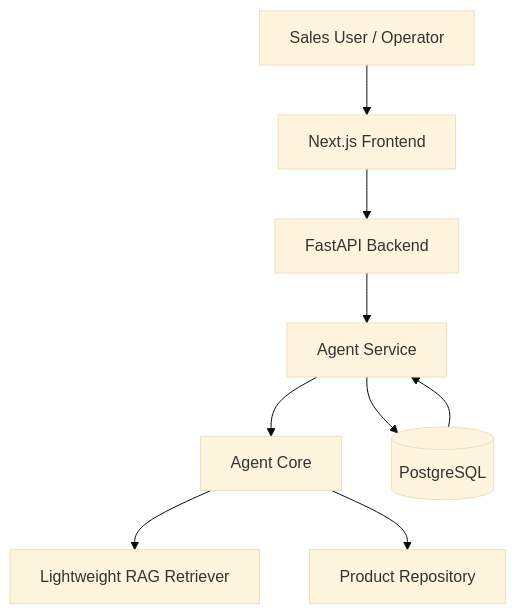
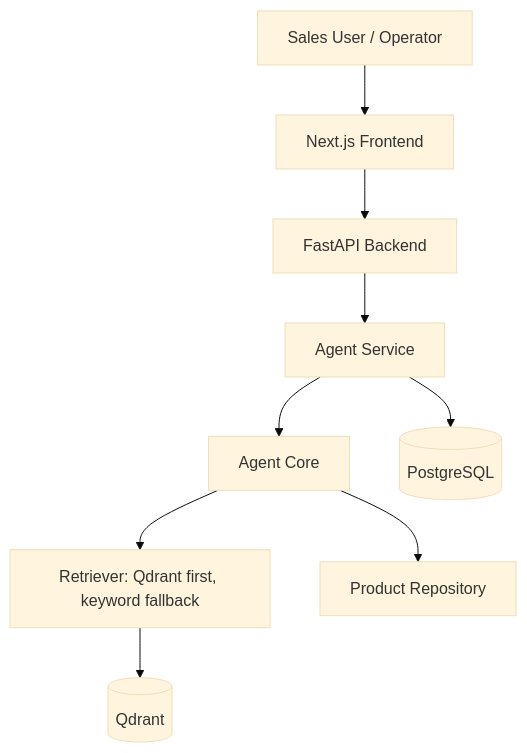
One commit to orrin900-lab/industrial-automation-inquiry-agent changed the first of 3 diagrams in README.md. Above: the diagram before and after it, drawn with Mermaid (base theme). The commit also changed other lines of this file and 19 other files, not shown here.

Commit message:
add qdrant rag retrieval with keyword fallback

````diff
--- a/README.md
+++ b/README.md
@@ -49,11 +50,11 @@
 ```mermaid
 flowchart TD
     U["Sales User / Operator"] --> F["Next.js Frontend"]
     F --> B["FastAPI Backend"]
     B --> S["Agent Service"]
     S --> A["Agent Core"]
-    A --> R["Lightweight RAG Retriever"]
+    A --> R["Retriever: Qdrant first, keyword fallback"]
+    R --> Q[("Qdrant")]
     A --> P["Product Repository"]
     S --> DB[("PostgreSQL")]
-    DB --> S
 ```
````
